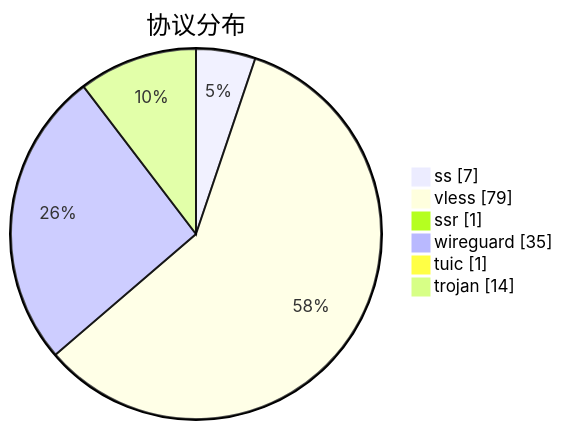
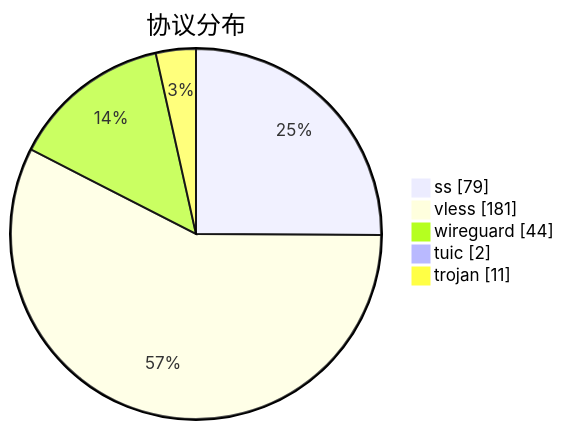
One commit to qjlxg/airport changed the third of 3 diagrams in subs/statistics/tested_within.md. Above: the diagram before and after it, drawn with Mermaid. The commit also changed other lines of this file and 2 other files, not shown here.

````diff
--- a/subs/statistics/tested_within.md
+++ b/subs/statistics/tested_within.md
@@ -24,10 +31,9 @@
 ```mermaid
 pie showData
 title 协议分布
-"ss" : 7
-"vless" : 79
-"ssr" : 1
-"wireguard" : 35
-"tuic" : 1
-"trojan" : 14
+"ss" : 79
+"vless" : 181
+"wireguard" : 44
+"tuic" : 2
+"trojan" : 11
 ```
````
